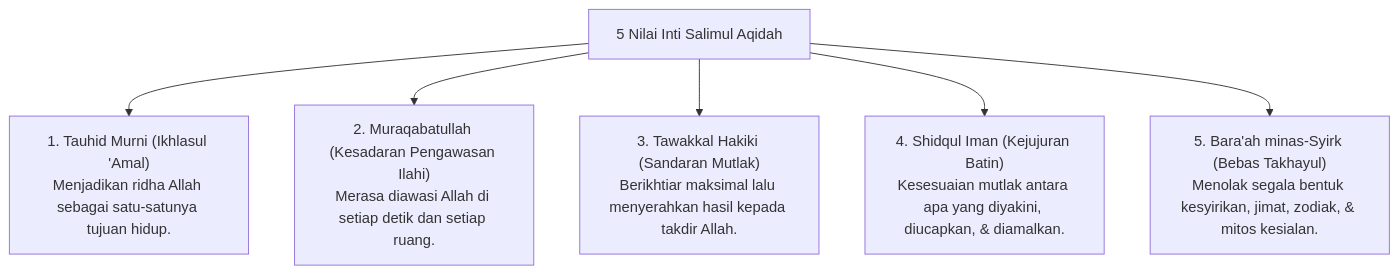
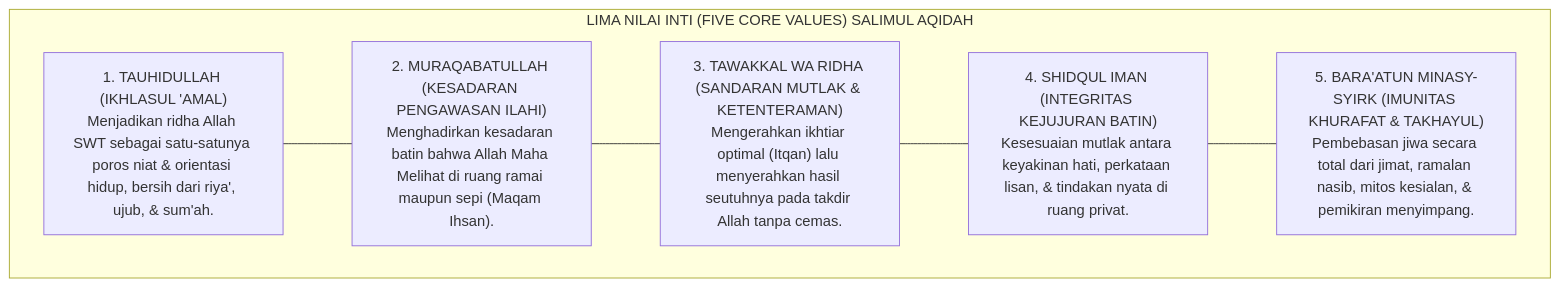
Before and after one commit to wandiapriliyandi/tumbuh: the seventh of 8 diagrams in 03 Capacity Framework/04 Salimul Aqidah/P3-04-04-Nilai-Inti-dan-Prinsip-Aqidah.md, drawn with Mermaid. The commit also changed other lines of this file and 4 other files, not shown here.

Commit message:
feat(capacity-framework): upgrade sub-modul 01-05 Salimul Aqidah ke standar monograf riset hibrida dialektis A+

````diff
--- a/03 Capacity Framework/04 Salimul Aqidah/P3-04-04-Nilai-Inti-dan-Prinsip-Aqidah.md
+++ b/03 Capacity Framework/04 Salimul Aqidah/P3-04-04-Nilai-Inti-dan-Prinsip-Aqidah.md
@@ -10,10 +267,16 @@
 ```mermaid
-graph TD
-    Values["5 Nilai Inti Salimul Aqidah"]
-    
-    Values --> V1["1. Tauhid Murni (Ikhlasul 'Amal)<br/>Menjadikan ridha Allah sebagai satu-satunya tujuan hidup."]
-    Values --> V2["2. Muraqabatullah (Kesadaran Pengawasan Ilahi)<br/>Merasa diawasi Allah di setiap detik dan setiap ruang."]
-    Values --> V3["3. Tawakkal Hakiki (Sandaran Mutlak)<br/>Berikhtiar maksimal lalu menyerahkan hasil kepada takdir Allah."]
-    Values --> V4["4. Shidqul Iman (Kejujuran Batin)<br/>Kesesuaian mutlak antara apa yang diyakini, diucapkan, & diamalkan."]
-    Values --> V5["5. Bara'ah minas-Syirk (Bebas Takhayul)<br/>Menolak segala bentuk kesyirikan, jimat, zodiak, & mitos kesialan."]
+flowchart TD
+    subgraph LimaNilaiIntiAqidahTUMBUH["LIMA NILAI INTI (FIVE CORE VALUES) SALIMUL AQIDAH"]
+        V1["1. TAUHIDULLAH (IKHLASUL 'AMAL)<br/>Menjadikan ridha Allah SWT sebagai satu-satunya poros niat & orientasi hidup, bersih dari riya', ujub, & sum'ah."]
+        
+        V2["2. MURAQABATULLAH (KESADARAN PENGAWASAN ILAHI)<br/>Menghadirkan kesadaran batin bahwa Allah Maha Melihat di ruang ramai maupun sepi (Maqam Ihsan)."]
+        
+        V3["3. TAWAKKAL WA RIDHA (SANDARAN MUTLAK & KETENTERAMAN)<br/>Mengerahkan ikhtiar optimal (Itqan) lalu menyerahkan hasil seutuhnya pada takdir Allah tanpa cemas."]
+        
+        V4["4. SHIDQUL IMAN (INTEGRITAS KEJUJURAN BATIN)<br/>Kesesuaian mutlak antara keyakinan hati, perkataan lisan, & tindakan nyata di ruang privat."]
+        
+        V5["5. BARA'ATUN MINASY-SYIRK (IMUNITAS KHURAFAT & TAKHAYUL)<br/>Pembebasan jiwa secara total dari jimat, ramalan nasib, mitos kesialan, & pemikiran menyimpang."]
+        
+        V1 --- V2 --- V3 --- V4 --- V5
+    end
 ```
````
